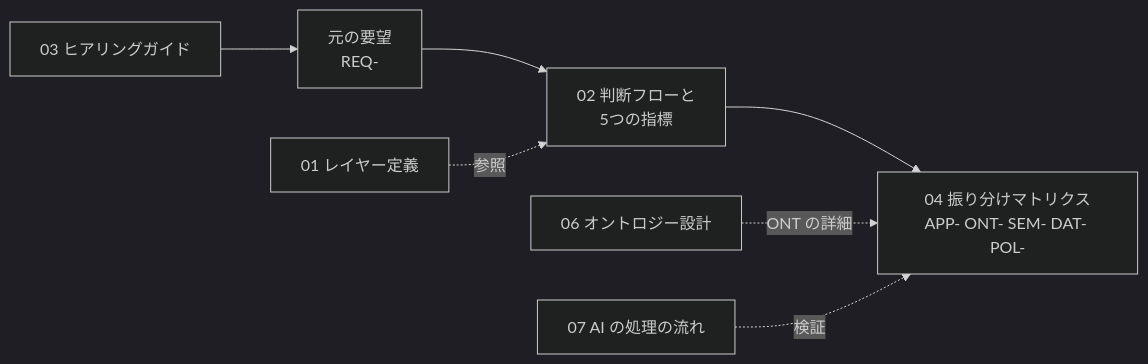
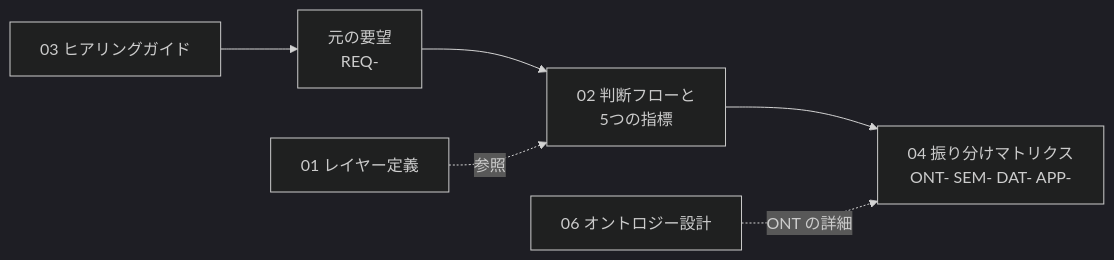
One commit to keito118/ai-ready-requirements changed the diagram in README.ja.md. Above: the diagram before and after it, drawn with Mermaid (dark theme). The commit also changed other lines of this file and 16 other files, not shown here.

````diff
--- a/README.ja.md
+++ b/README.ja.md
@@ -55,9 +13,8 @@
 ```mermaid
 flowchart LR
   I[03 ヒアリングガイド] --> R[元の要望<br/>REQ-]
   R --> F[02 判断フローと<br/>5つの指標]
-  F --> M[04 振り分けマトリクス<br/>APP- ONT- SEM- DAT- POL-]
+  F --> M[04 振り分けマトリクス<br/>ONT- SEM- DAT- APP-]
   L[01 レイヤー定義] -. 参照 .-> F
   OD[06 オントロジー設計] -. ONT の詳細 .-> M
-  AF[07 AI の処理の流れ] -. 検証 .-> M
 ```
````
